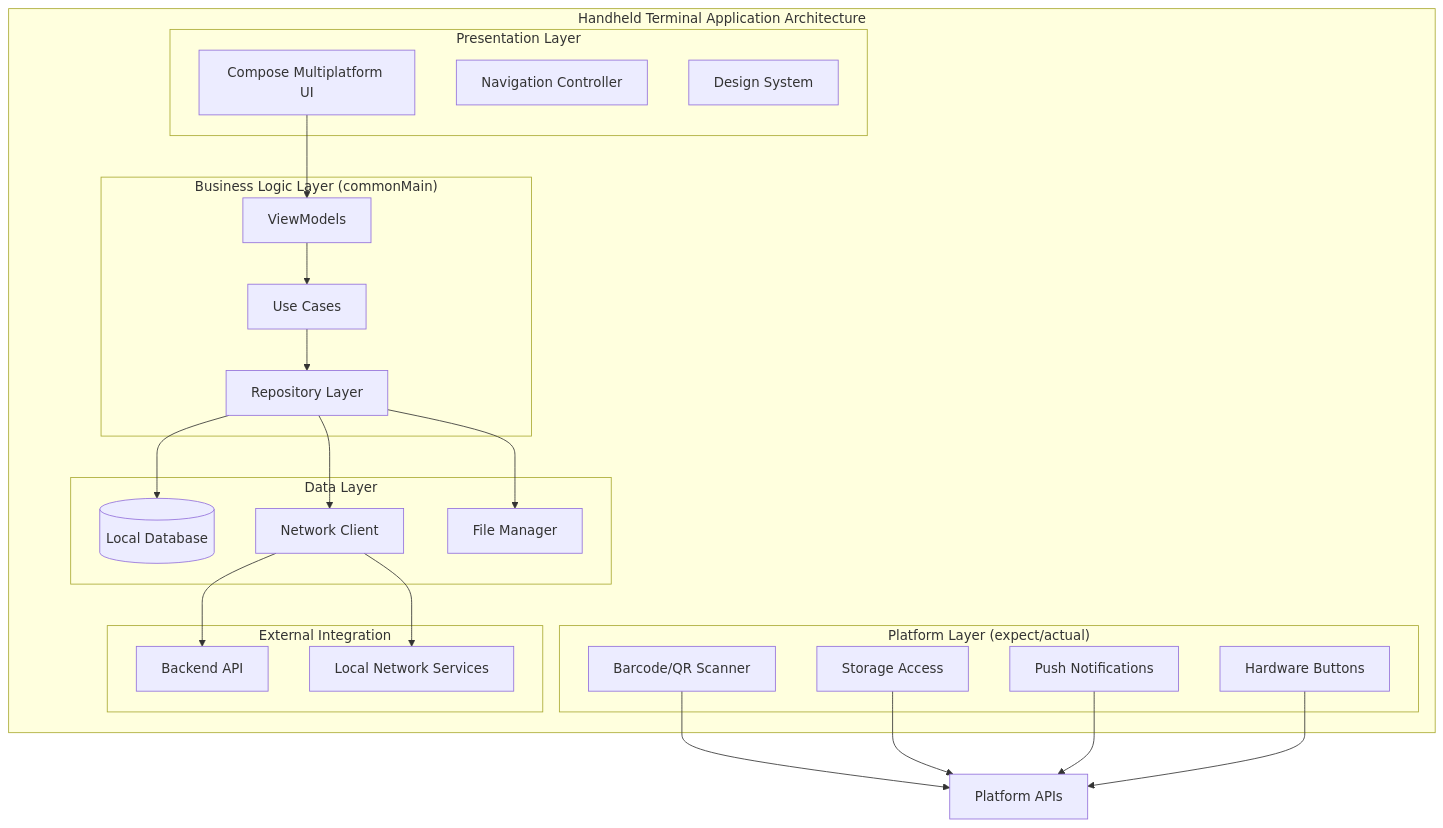
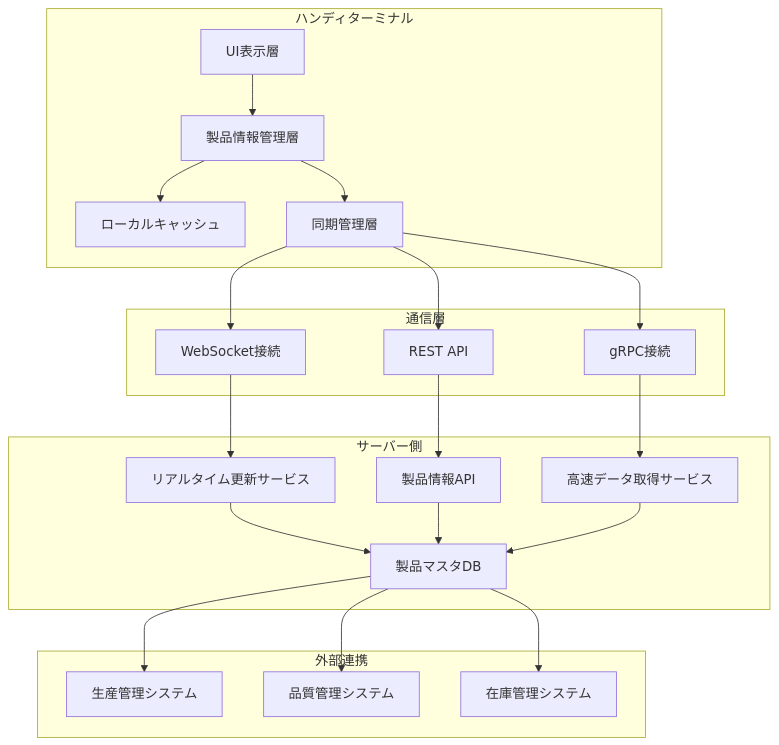
One commit to daichiTAAA/ImageFlowCanvas changed the third of 5 diagrams in docs/0300_設計_アプローチ1/0312_ハンディターミナルアプリ設計.md. Above: the diagram before and after it, drawn with Mermaid. The commit also changed other lines of this file and 2 other files, not shown here.

````diff
--- a/docs/0300_設計_アプローチ1/0312_ハンディターミナルアプリ設計.md
+++ b/docs/0300_設計_アプローチ1/0312_ハンディターミナルアプリ設計.md
@@ -64,49 +642,30 @@
 ```mermaid
 graph TB
-    subgraph "Handheld Terminal Application Architecture"
-        subgraph "Presentation Layer"
-            UI[Compose Multiplatform UI]
-            Navigation[Navigation Controller]
-            Theme[Design System]
-        end
-        
-        subgraph "Business Logic Layer (commonMain)"
-            VM[ViewModels]
-            UC[Use Cases]
-            Repository[Repository Layer]
-        end
-        
-        subgraph "Data Layer"
-            LocalDB[(Local Database)]
-            NetworkClient[Network Client]
-            FileManager[File Manager]
-        end
-        
-        subgraph "Platform Layer (expect/actual)"
-            Scanner[Barcode/QR Scanner]
-            Storage[Storage Access]
-            Notifications[Push Notifications]
-            HardwareButtons[Hardware Buttons]
-        end
-        
-        subgraph "External Integration"
-            BackendAPI[Backend API]
-            LocalNetwork[Local Network Services]
-        end
+    subgraph "ハンディターミナル"
+        A[UI表示層] --> B[製品情報管理層]
+        B --> C[ローカルキャッシュ]
+        B --> D[同期管理層]
     end
     
-    UI --> VM
-    VM --> UC
-    UC --> Repository
-    Repository --> LocalDB
-    Repository --> NetworkClient
-    Repository --> FileManager
+    subgraph "通信層"
+        D --> E[WebSocket接続]
+        D --> F[REST API]
+        D --> G[gRPC接続]
+    end
     
-    Scanner --> Platform[Platform APIs]
-    Storage --> Platform
-    Notifications --> Platform
-    HardwareButtons --> Platform
+    subgraph "サーバー側"
+        E --> H[リアルタイム更新サービス]
+        F --> I[製品情報API]
+        G --> J[高速データ取得サービス]
+        
+        H --> K[製品マスタDB]
+        I --> K
+        J --> K
+    end
     
-    NetworkClient --> BackendAPI
-    NetworkClient --> LocalNetwork
+    subgraph "外部連携"
+        K --> L[生産管理システム]
+        K --> M[品質管理システム]
+        K --> N[在庫管理システム]
+    end
 ```
````
